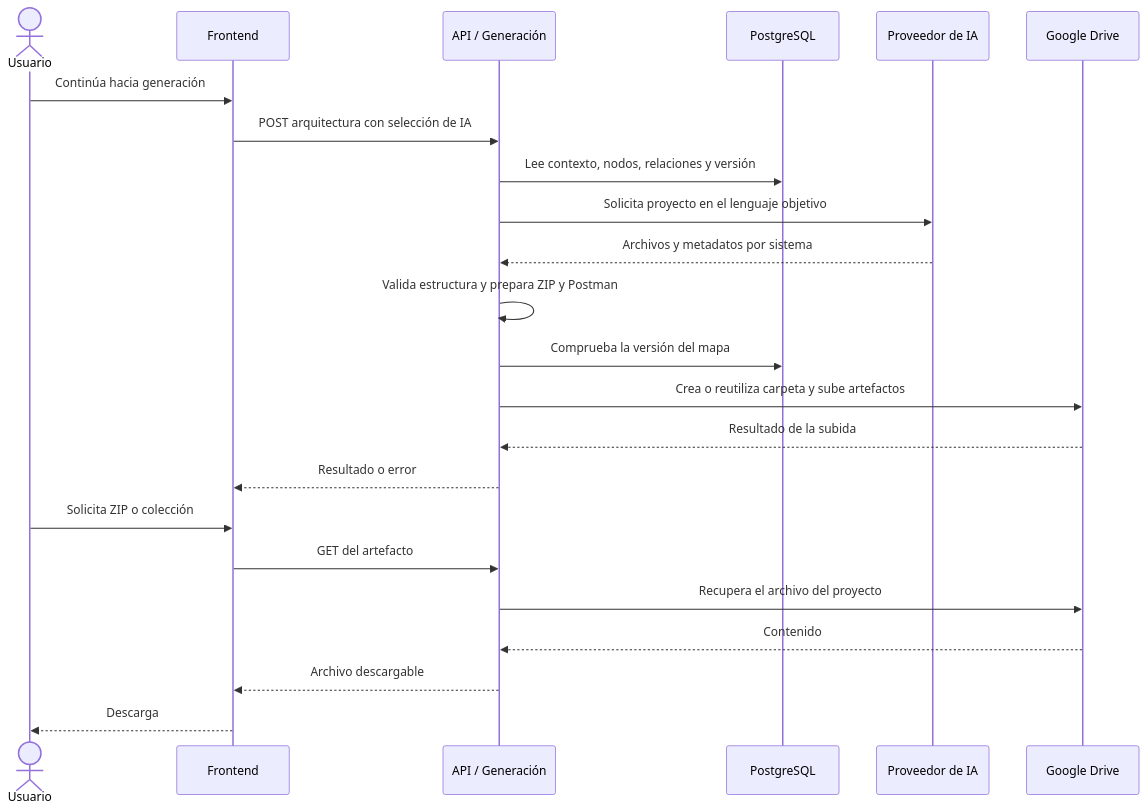
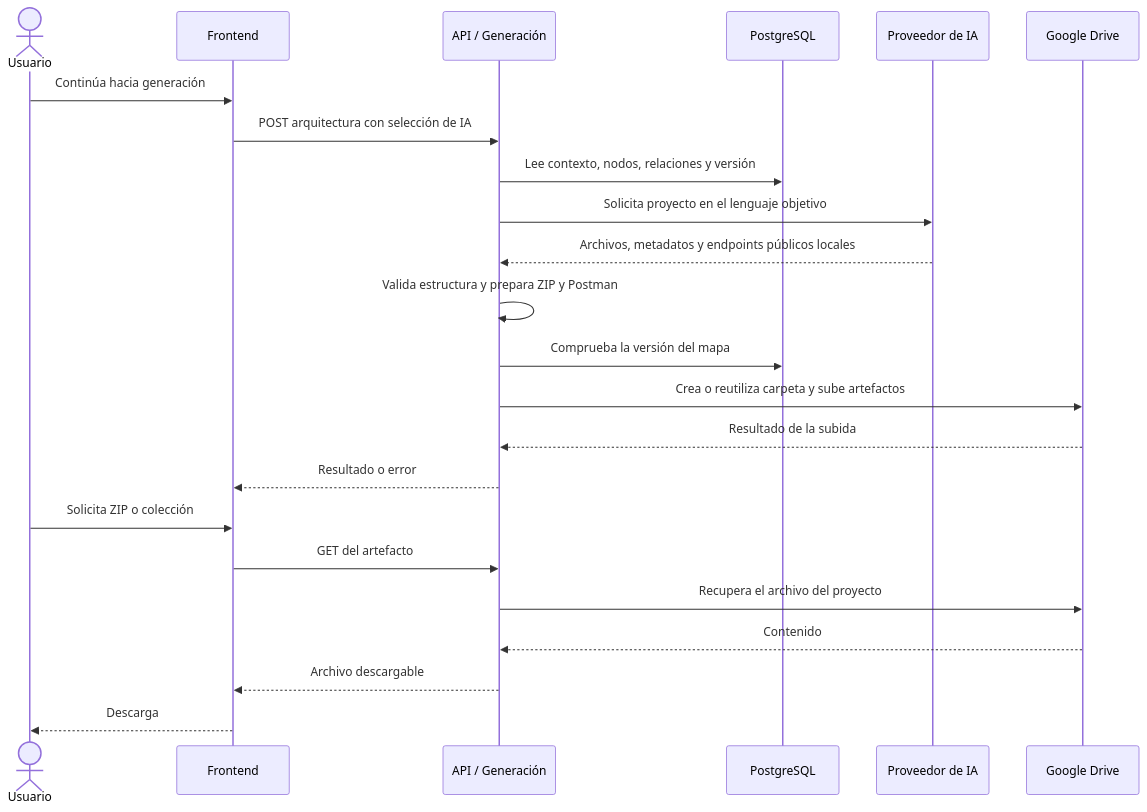
The fifth of 6 diagrams in docs/Documento de arquitectura - Orquestador de APIs.md (estebanlizaso/ProyectoFinal_OrquestadorAPIs_Grupo2), drawn with Mermaid before and after one commit. The commit also changed other lines of this file, not shown here.

````diff
--- a/docs/Documento de arquitectura - Orquestador de APIs.md
+++ b/docs/Documento de arquitectura - Orquestador de APIs.md
@@ -196,26 +196,26 @@
 ```mermaid
 sequenceDiagram
     actor U as Usuario
     participant F as Frontend
     participant A as API / Generación
     participant D as PostgreSQL
     participant I as Proveedor de IA
     participant G as Google Drive
 
     U->>F: Continúa hacia generación
     F->>A: POST arquitectura con selección de IA
     A->>D: Lee contexto, nodos, relaciones y versión
     A->>I: Solicita proyecto en el lenguaje objetivo
-    I-->>A: Archivos y metadatos por sistema
+    I-->>A: Archivos, metadatos y endpoints públicos locales
     A->>A: Valida estructura y prepara ZIP y Postman
     A->>D: Comprueba la versión del mapa
     A->>G: Crea o reutiliza carpeta y sube artefactos
     G-->>A: Resultado de la subida
     A-->>F: Resultado o error
     U->>F: Solicita ZIP o colección
     F->>A: GET del artefacto
     A->>G: Recupera el archivo del proyecto
     G-->>A: Contenido
     A-->>F: Archivo descargable
     F-->>U: Descarga
 ```
````
